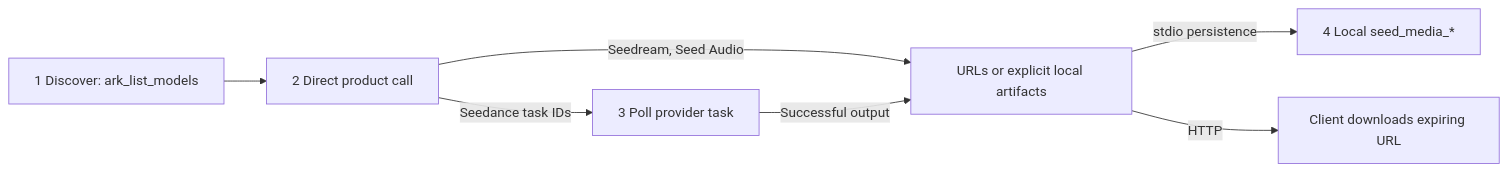
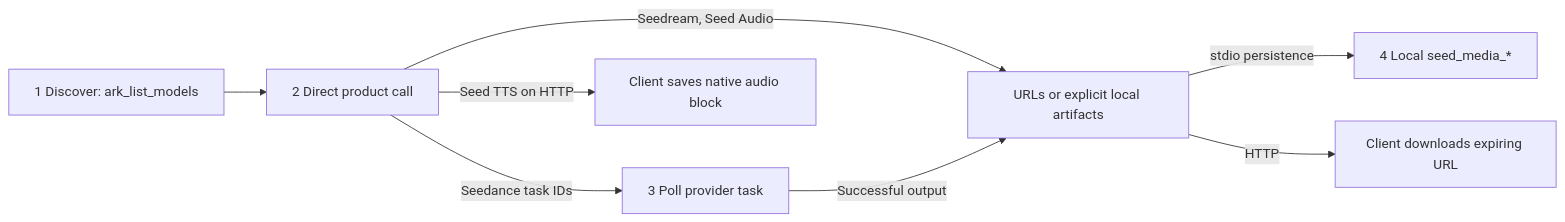
Before and after one commit to byteplus-sa/seed-mcp: the diagram in .agents/skills/ark-mcp/SKILL.md, drawn with Mermaid. The commit also changed other lines of this file and 75 other files, not shown here.

First line of the commit message:
feat: return hosted TTS audio directly without object storage

````diff
--- a/.agents/skills/ark-mcp/SKILL.md
+++ b/.agents/skills/ark-mcp/SKILL.md
@@ -55,9 +54,10 @@
 ```mermaid
 flowchart LR
     discover["1 Discover: ark_list_models"] --> create["2 Direct product call"]
     create -->|"Seedance task IDs"| poll["3 Poll provider task"]
     create -->|"Seedream, Seed Audio"| output["URLs or explicit local artifacts"]
+    create -->|"Seed TTS on HTTP"| audio["Client saves native audio block"]
     poll -->|"Successful output"| output
     output -->|"stdio persistence"| artifacts["4 Local seed_media_*"]
     output -->|"HTTP"| download["Client downloads expiring URL"]
 ```
````
